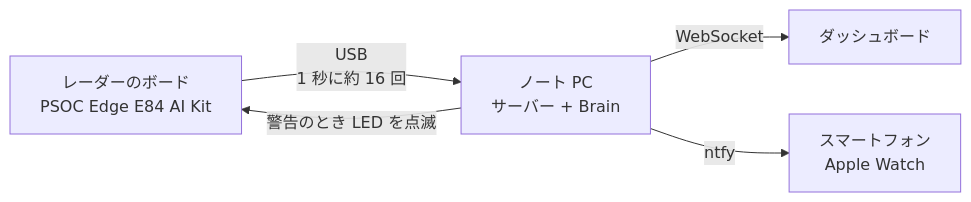
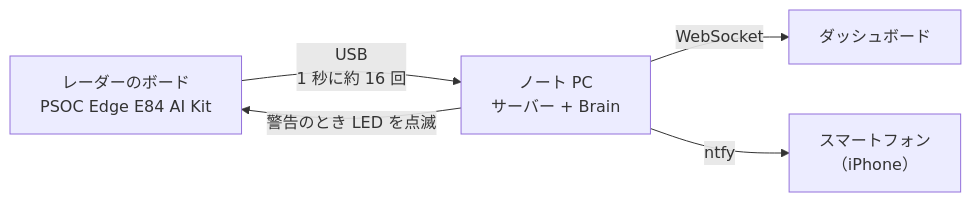
Before and after one commit to jphacks/hs_2605: the diagram in README.md, drawn with Mermaid. The commit also changed other lines of this file, not shown here.

Commit message:
README: notifications go to the iPhone (no Apple Watch)

````diff
--- a/README.md
+++ b/README.md
@@ -113,7 +113,7 @@
 ```mermaid
 flowchart LR
   R["レーダーのボード<br>PSOC Edge E84 AI Kit"] -- "USB<br>1 秒に約 16 回" --> S["ノート PC<br>サーバー + Brain"]
   S -- "WebSocket" --> W["ダッシュボード"]
-  S -- "ntfy" --> N["スマートフォン<br>Apple Watch"]
+  S -- "ntfy" --> N["スマートフォン<br>（iPhone）"]
   S -- "警告のとき LED を点滅" --> R
 ```
````
